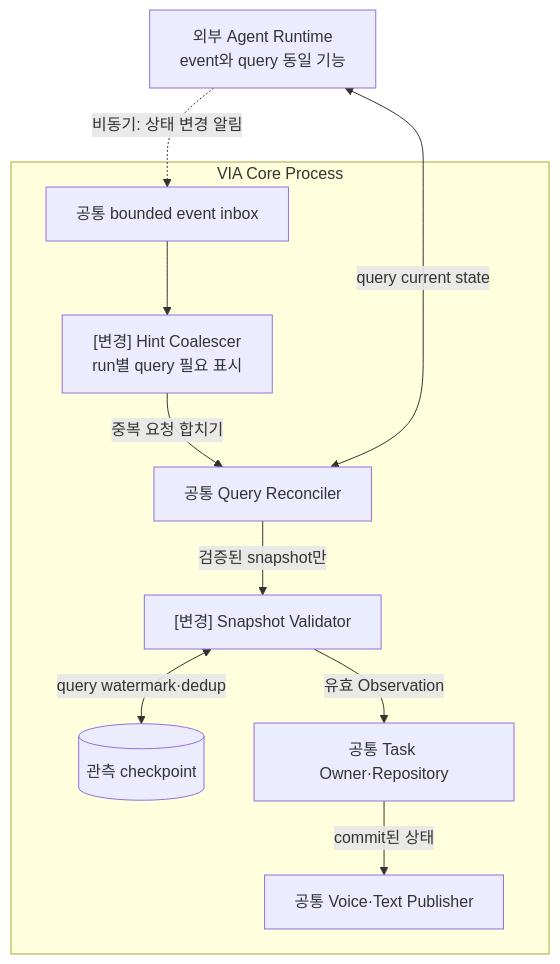
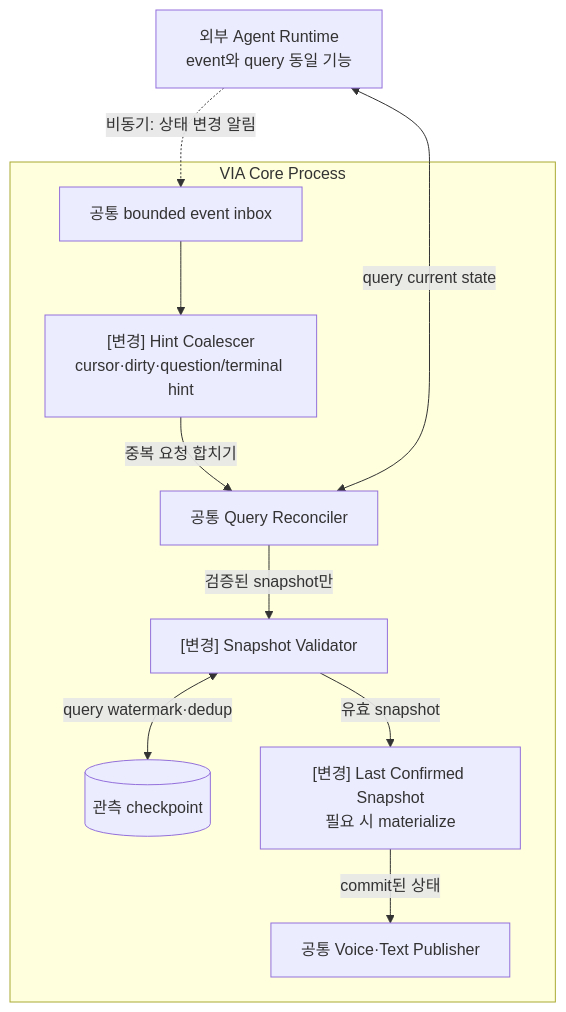
One commit to cbyche/via-sw-architecture changed the third of 3 diagrams in docs/architecture/12-decisions/via-dp-15-agent-observation-authority.md. Above: the diagram before and after it, drawn with Mermaid. The commit also changed other lines of this file and 16 other files, not shown here.

````diff
--- a/docs/architecture/12-decisions/via-dp-15-agent-observation-authority.md
+++ b/docs/architecture/12-decisions/via-dp-15-agent-observation-authority.md
@@ -61,13 +65,13 @@
 ```mermaid
 flowchart TB
  A["외부 Agent Runtime<br/>event와 query 동일 기능"] -.->|"비동기: 상태 변경 알림"| Q
  subgraph V["VIA Core Process"]
- Q["공통 bounded event inbox"] --> H["[변경] Hint Coalescer<br/>run별 query 필요 표시"]
+ Q["공통 bounded event inbox"] --> H["[변경] Hint Coalescer<br/>cursor·dirty·question/terminal hint"]
  H -->|"중복 요청 합치기"| R["공통 Query Reconciler"]
  R -->|"검증된 snapshot만"| E["[변경] Snapshot Validator"]
  E <-->|"query watermark·dedup"| C[("관측 checkpoint")]
- E -->|"유효 Observation"| T["공통 Task Owner·Repository"]
+ E -->|"유효 snapshot"| T["[변경] Last Confirmed Snapshot<br/>필요 시 materialize"]
  T -->|"commit된 상태"| P["공통 Voice·Text Publisher"]
  end
  R <-->|"query current state"| A
 ```
````
